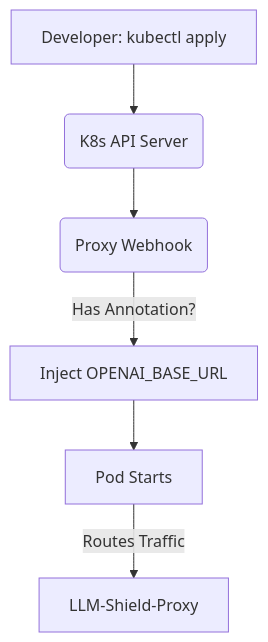
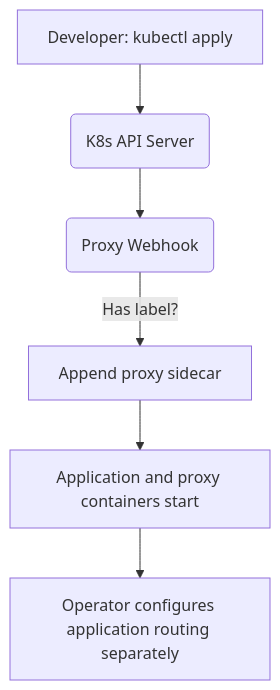
One commit to ninadphalak/LLM-Shield-Proxy changed the diagram in website/docs/features/secure-infrastructure-service-mesh/zero-dependency-kubernetes-mutating-webhook.md. Above: the diagram before and after it, drawn with Mermaid. The commit also changed other lines of this file and 86 other files, not shown here.

````diff
--- a/website/docs/features/secure-infrastructure-service-mesh/zero-dependency-kubernetes-mutating-webhook.md
+++ b/website/docs/features/secure-infrastructure-service-mesh/zero-dependency-kubernetes-mutating-webhook.md
@@ -17,8 +17,8 @@
 ```mermaid
 flowchart TD
     A[Developer: kubectl apply] --> B(K8s API Server)
     B --> C(Proxy Webhook)
-    C -->|Has Annotation?| D[Inject OPENAI_BASE_URL]
-    D --> E[Pod Starts]
-    E -->|Routes Traffic| F[LLM-Shield-Proxy]
+    C -->|Has label?| D[Append proxy sidecar]
+    D --> E[Application and proxy containers start]
+    E --> F[Operator configures application routing separately]
 ```
````
